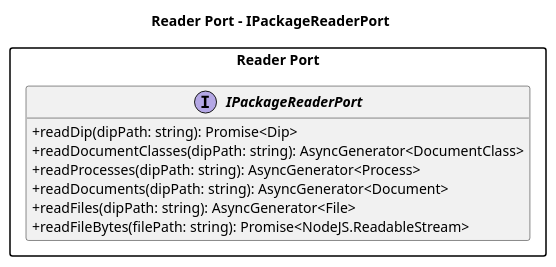
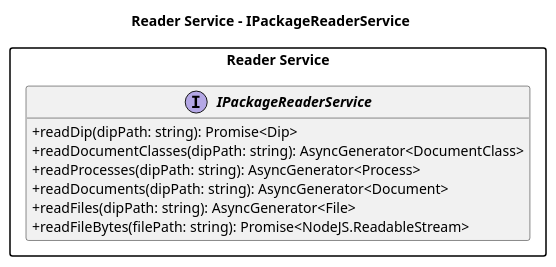
One commit to 7-ZPUs/Docs changed the diagram in 3_PB/DocumentiEsterni/DiagrammiSpecificaTecnica/C4/C4_ReaderPort.puml. Above: the diagram before and after it, drawn with PlantUML. The commit also changed 11 other files, not shown here.

```diff
--- a/3_PB/DocumentiEsterni/DiagrammiSpecificaTecnica/C4/C4_ReaderPort.puml
+++ b/3_PB/DocumentiEsterni/DiagrammiSpecificaTecnica/C4/C4_ReaderPort.puml
@@ -1,23 +1,23 @@
 @startuml Class Diagram - Main Indexing Flow - Reader Port
 
 left to right direction
 skinparam classAttributeIconSize 0
 skinparam classFontStyle bold
 skinparam packageStyle rectangle
 skinparam linetype ortho
 hide empty members
 
-title Reader Port - IPackageReaderPort
+title Reader Service - IPackageReaderService
 
-package "Reader Port" {
-  interface IPackageReaderPort {
+package "Reader Service" {
+  interface IPackageReaderService {
     + readDip(dipPath: string): Promise<Dip>
     + readDocumentClasses(dipPath: string): AsyncGenerator<DocumentClass>
     + readProcesses(dipPath: string): AsyncGenerator<Process>
     + readDocuments(dipPath: string): AsyncGenerator<Document>
     + readFiles(dipPath: string): AsyncGenerator<File>
     + readFileBytes(filePath: string): Promise<NodeJS.ReadableStream>
   }
 }
 
 @enduml
```
